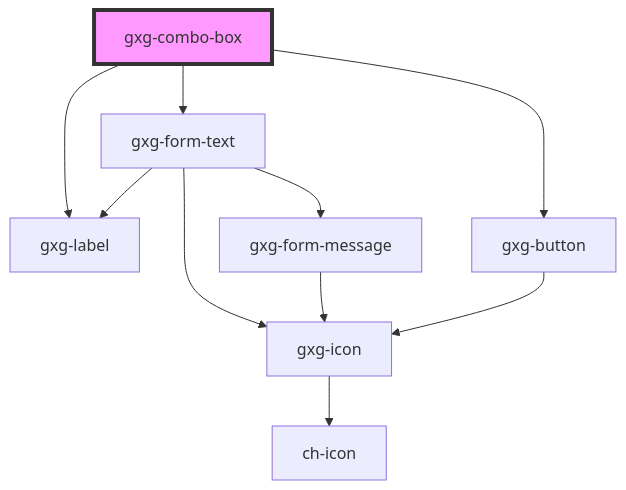
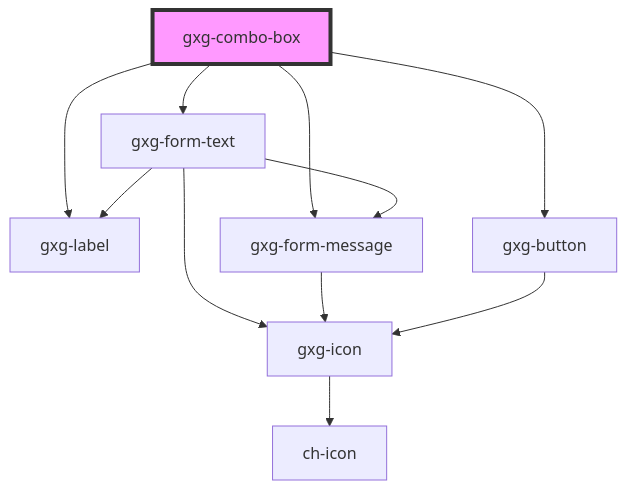
One commit to genexuslabs/gemini changed the diagram in src/components/combo-box/readme.md. Above: the diagram before and after it, drawn with Mermaid. The commit also changed other lines of this file and 33 other files, not shown here.

````diff
--- a/src/components/combo-box/readme.md
+++ b/src/components/combo-box/readme.md
@@ -78,13 +101,14 @@
 ```mermaid
 graph TD;
   gxg-combo-box --> gxg-label
   gxg-combo-box --> gxg-form-text
   gxg-combo-box --> gxg-button
+  gxg-combo-box --> gxg-form-message
   gxg-form-text --> gxg-icon
   gxg-form-text --> gxg-label
   gxg-form-text --> gxg-form-message
   gxg-icon --> ch-icon
   gxg-form-message --> gxg-icon
   gxg-button --> gxg-icon
   style gxg-combo-box fill:#f9f,stroke:#333,stroke-width:4px
 ```
````
